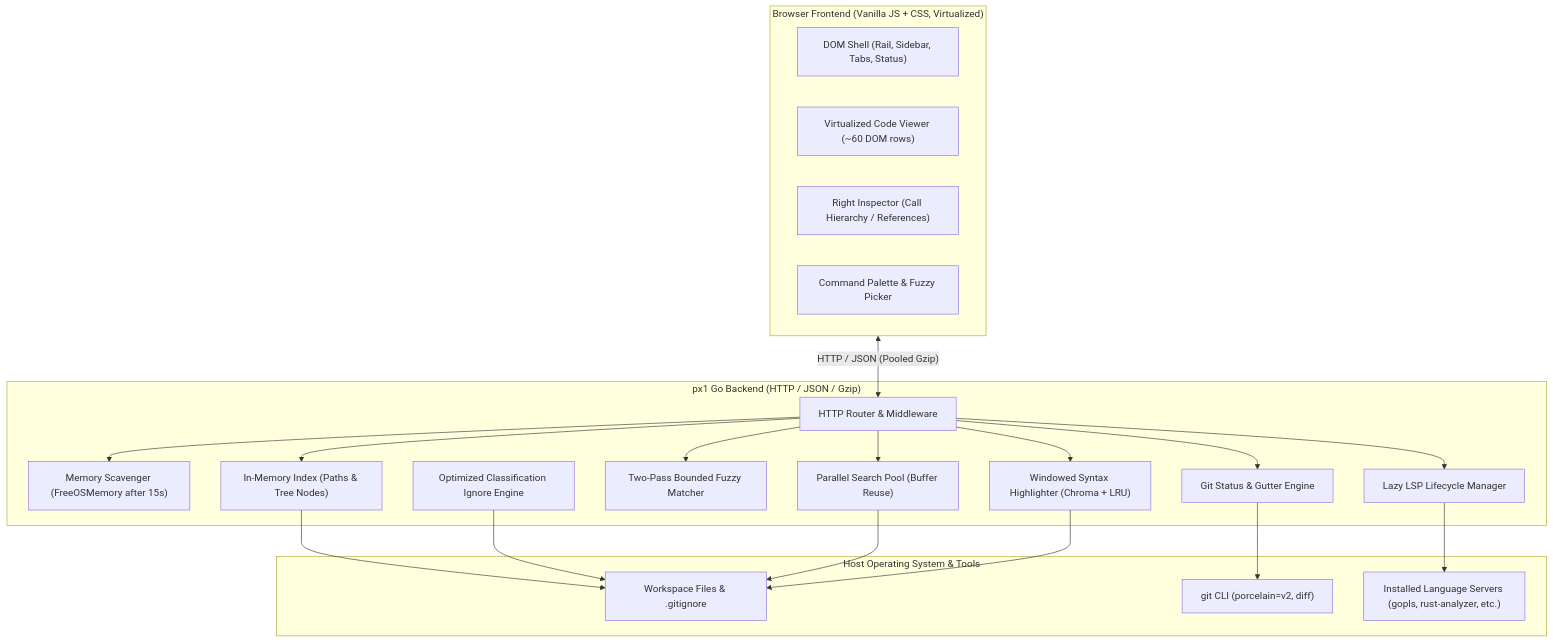
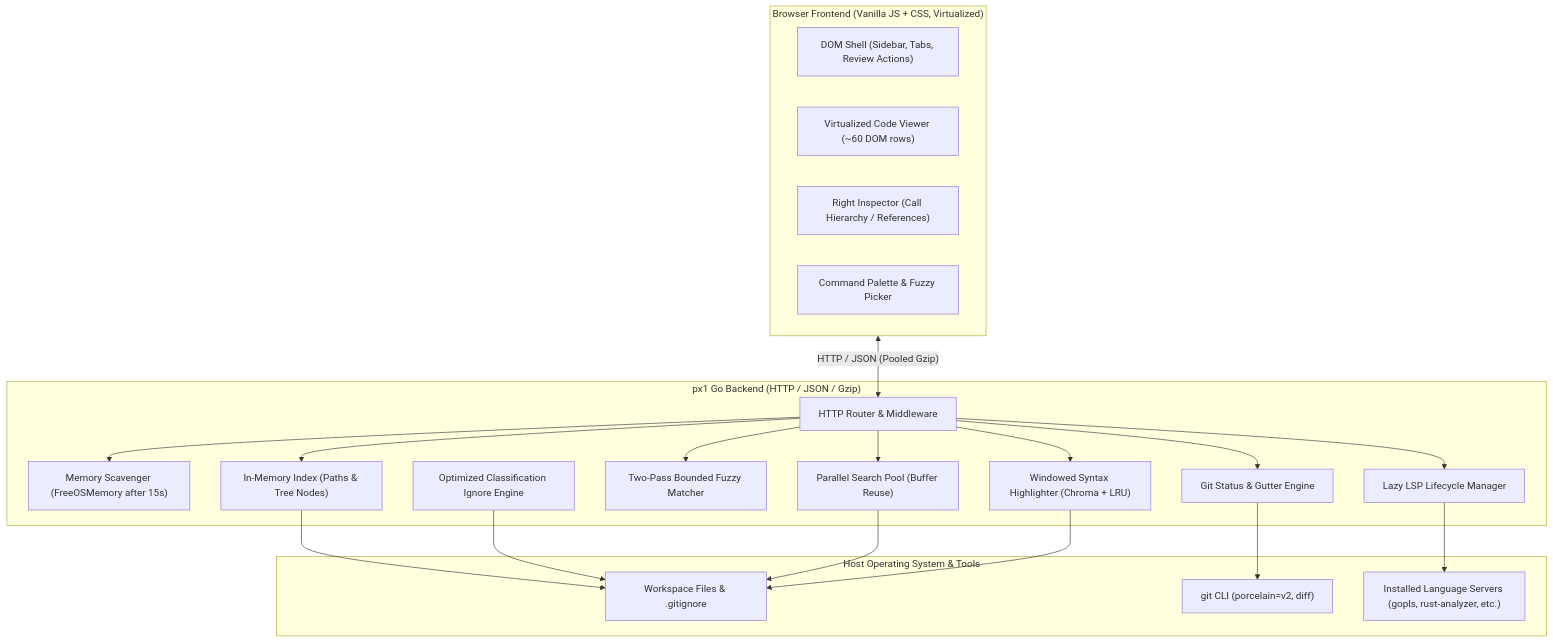
One commit to kedarvartak/px1 changed the diagram in docs/internals/README.md. Above: the diagram before and after it, drawn with Mermaid. The commit also changed 2 other files, not shown here.

Commit message:
Synchronize docs with reduced review UI

````diff
--- a/docs/internals/README.md
+++ b/docs/internals/README.md
@@ -9,43 +9,43 @@
 ```mermaid
 flowchart TD
     subgraph Client ["Browser Frontend (Vanilla JS + CSS, Virtualized)"]
-        UI["DOM Shell (Rail, Sidebar, Tabs, Status)"]
+        UI["DOM Shell (Sidebar, Tabs, Review Actions)"]
         VirtEditor["Virtualized Code Viewer (~60 DOM rows)"]
         Inspector["Right Inspector (Call Hierarchy / References)"]
         Palette["Command Palette & Fuzzy Picker"]
     end
 
     subgraph GoServer ["px1 Go Backend (HTTP / JSON / Gzip)"]
         Router["HTTP Router & Middleware"]
         Scavenger["Memory Scavenger (FreeOSMemory after 15s)"]
         IndexEngine["In-Memory Index (Paths & Tree Nodes)"]
         IgnoreEngine["Optimized Classification Ignore Engine"]
         FuzzyEngine["Two-Pass Bounded Fuzzy Matcher"]
         SearchEngine["Parallel Search Pool (Buffer Reuse)"]
         HLEngine["Windowed Syntax Highlighter (Chroma + LRU)"]
         LSPMgr["Lazy LSP Lifecycle Manager"]
         GitEngine["Git Status & Gutter Engine"]
     end
 
     subgraph HostFS ["Host Operating System & Tools"]
         FS["Workspace Files & .gitignore"]
         GitCLI["git CLI (porcelain=v2, diff)"]
         LSPBinaries["Installed Language Servers (gopls, rust-analyzer, etc.)"]
     end
 
     Client <-->|"HTTP / JSON (Pooled Gzip)"| Router
     Router --> IndexEngine
     Router --> SearchEngine
     Router --> FuzzyEngine
     Router --> HLEngine
     Router --> LSPMgr
     Router --> GitEngine
     Router --> Scavenger
 
     IndexEngine --> FS
     IgnoreEngine --> FS
     SearchEngine --> FS
     HLEngine --> FS
     GitEngine --> GitCLI
     LSPMgr --> LSPBinaries
 ```
````
